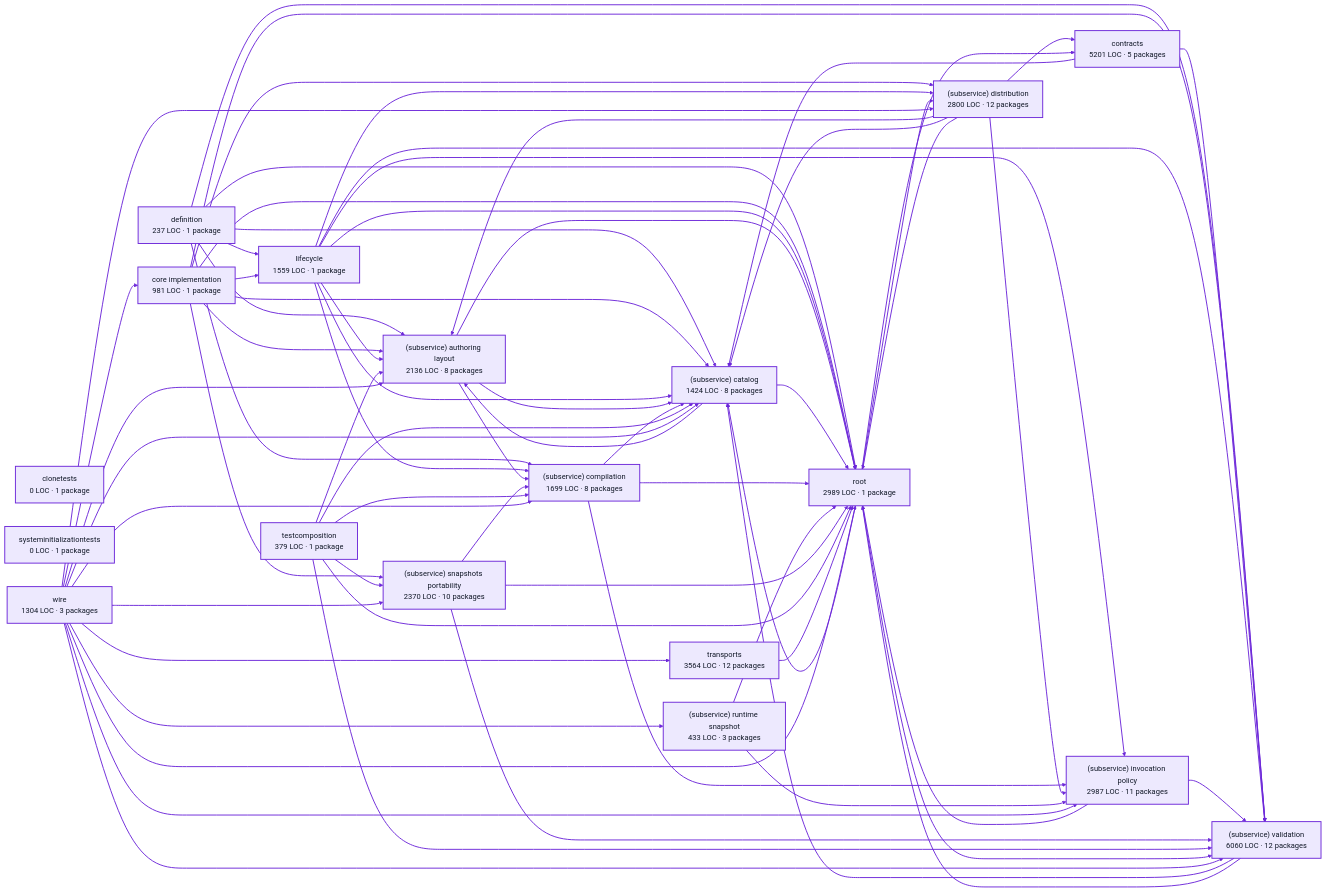
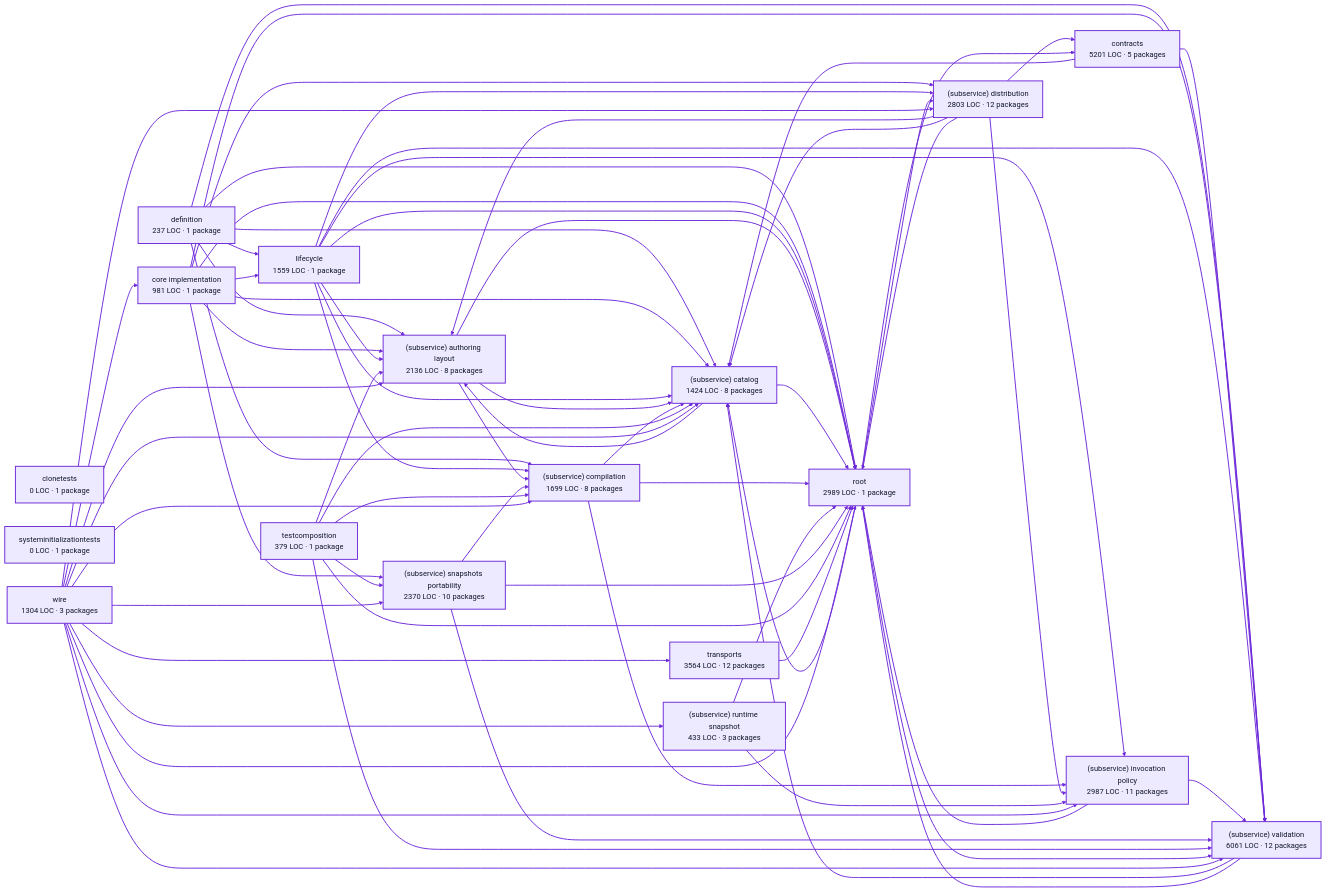
The diagram in docs/architecture/visualizations/services/factory_definitions.md (portpowered/you-agent-factory), drawn with Mermaid before and after one commit. The commit also changed other lines of this file and 20 other files, not shown here.

Commit message:
docs: refresh backend architecture visualizations

```diff
--- a/docs/architecture/visualizations/services/factory_definitions.md
+++ b/docs/architecture/visualizations/services/factory_definitions.md
@@ -18,11 +18,11 @@
   p5["(subservice) authoring layout<br/>2136 LOC · 8 packages"]
   p6["(subservice) catalog<br/>1424 LOC · 8 packages"]
   p7["(subservice) compilation<br/>1699 LOC · 8 packages"]
-  p8["(subservice) distribution<br/>2800 LOC · 12 packages"]
+  p8["(subservice) distribution<br/>2803 LOC · 12 packages"]
   p9["(subservice) invocation policy<br/>2987 LOC · 11 packages"]
   p10["(subservice) runtime snapshot<br/>433 LOC · 3 packages"]
   p11["(subservice) snapshots portability<br/>2370 LOC · 10 packages"]
-  p12["(subservice) validation<br/>6060 LOC · 12 packages"]
+  p12["(subservice) validation<br/>6061 LOC · 12 packages"]
   p13["testcomposition<br/>379 LOC · 1 package"]
   p14["root<br/>2989 LOC · 1 package"]
   p15["systeminitializationtests<br/>0 LOC · 1 package"]
```
